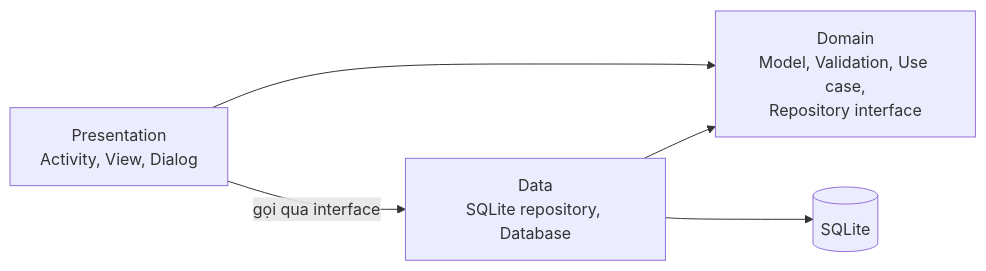
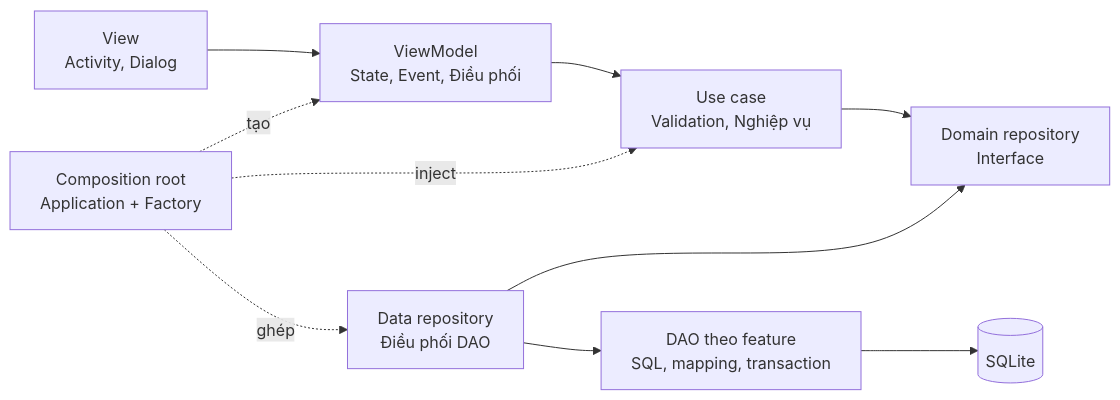
One commit to hngo120104/MobileAppAssignment changed the first of 7 diagrams in KIEN_TRUC_VA_LUONG_HOAT_DONG.md. Above: the diagram before and after it, drawn with Mermaid. The commit also changed other lines of this file and 67 other files, not shown here.

````diff
--- a/KIEN_TRUC_VA_LUONG_HOAT_DONG.md
+++ b/KIEN_TRUC_VA_LUONG_HOAT_DONG.md
@@ -17,12 +19,21 @@
 ```mermaid
 flowchart LR
-    UI["Presentation<br/>Activity, View, Dialog"]
-    Domain["Domain<br/>Model, Validation, Use case,<br/>Repository interface"]
-    Data["Data<br/>SQLite repository, Database"]
-    SQLite[("SQLite")]
+    View["View<br/>Activity, Dialog"]
+    VM["ViewModel<br/>State, Event, Điều phối"]
+    UC["Use case<br/>Validation, Nghiệp vụ"]
+    Contract["Domain repository<br/>Interface"]
+    Data["Data repository<br/>Điều phối DAO"]
+    DAO["DAO theo feature<br/>SQL, mapping, transaction"]
+    DB[(SQLite)]
+    DI["Composition root<br/>Application + Factory"]
 
-    UI --> Domain
-    Data --> Domain
-    UI -->|"gọi qua interface"| Data
-    Data --> SQLite
+    View --> VM
+    VM --> UC
+    UC --> Contract
+    Data --> Contract
+    Data --> DAO
+    DAO --> DB
+    DI -. tạo .-> VM
+    DI -. inject .-> UC
+    DI -. ghép .-> Data
 ```
````
